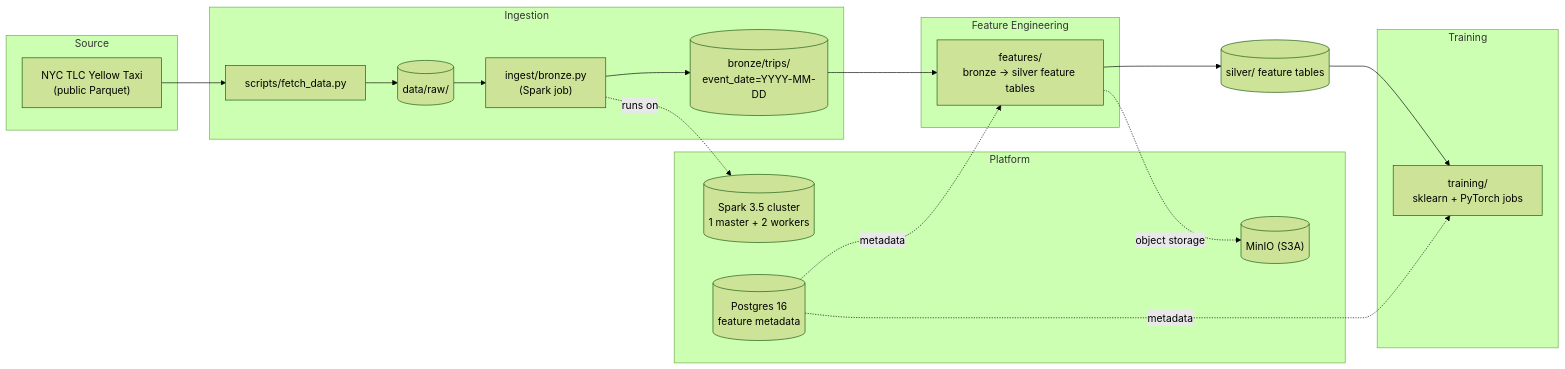
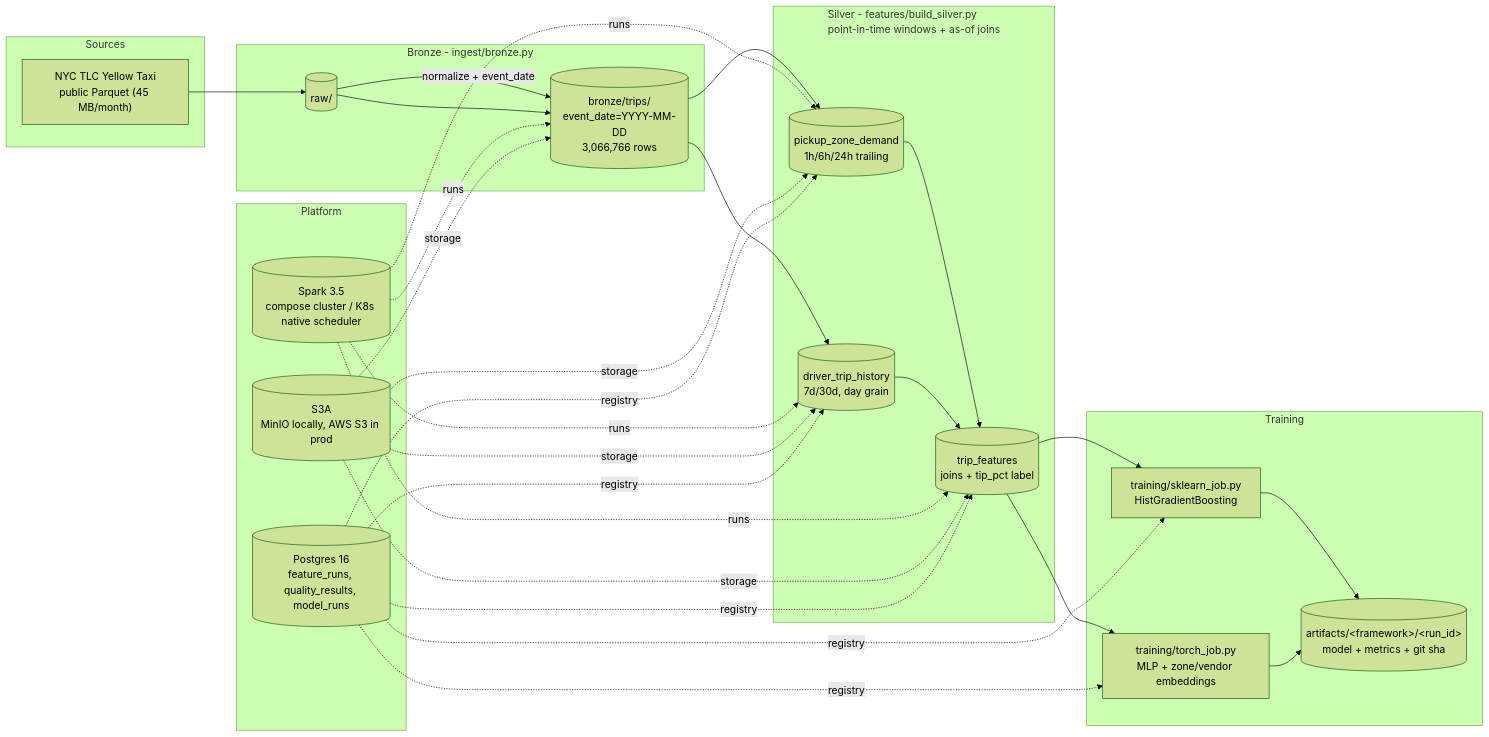
Before and after one commit to AbhiramCommits/SparkFeatureStore: the diagram in README.md, drawn with Mermaid (forest theme). The commit also changed other lines of this file and 13 other files, not shown here.

````diff
--- a/README.md
+++ b/README.md
@@ -8,34 +19,40 @@
 ```mermaid
 flowchart LR
-    subgraph source[Source]
-        TLC["NYC TLC Yellow Taxi<br/>(public Parquet)"]
+    subgraph src[Sources]
+        TLC["NYC TLC Yellow Taxi<br/>public Parquet (45 MB/month)"]
     end
 
-    subgraph ingest[Ingestion]
-        FETCH["scripts/fetch_data.py"] --> RAW[("data/raw/")]
-        BRONZE["ingest/bronze.py<br/>(Spark job)"] --> BZ[("bronze/trips/<br/>event_date=YYYY-MM-DD")]
+    subgraph bronze[Bronze - ingest/bronze.py]
+        RAW[("raw/")] -->|normalize + event_date| BZ[("bronze/trips/<br/>event_date=YYYY-MM-DD<br/>3,066,766 rows")]
     end
-    TLC --> FETCH
-    RAW --> BRONZE
 
-    subgraph features[Feature Engineering]
-        FEAT["features/<br/>bronze -> silver feature tables"]
+    subgraph silver[Silver - features/build_silver.py<br/>point-in-time windows + as-of joins]
+        ZD[("pickup_zone_demand<br/>1h/6h/24h trailing")] 
+        DH[("driver_trip_history<br/>7d/30d, day grain")]
+        TF[("trip_features<br/>joins + tip_pct label")]
     end
-    BZ --> FEAT
-    FEAT --> SILVER[("silver/ feature tables")]
 
     subgraph training[Training]
-        TRAIN["training/<br/>sklearn + PyTorch jobs"]
+        SK["training/sklearn_job.py<br/>HistGradientBoosting"]
+        TO["training/torch_job.py<br/>MLP + zone/vendor embeddings"]
+        ART[("artifacts/&lt;framework&gt;/&lt;run_id&gt;<br/>model + metrics + git sha")]
     end
-    SILVER --> TRAIN
 
-    subgraph platform[Platform]
-        SPARK[("Spark 3.5 cluster<br/>1 master + 2 workers")]
-        MINIO[("MinIO (S3A)")]
-        PG[("Postgres 16<br/>feature metadata")]
+    subgraph infra[Platform]
+        SPARK[("Spark 3.5<br/>compose cluster / K8s native scheduler")]
+        S3[("S3A<br/>MinIO locally, AWS S3 in prod")]
+        PG[("Postgres 16<br/>feature_runs, quality_results, model_runs")]
     end
-    BRONZE -. runs on .-> SPARK
-    FEAT -. object storage .-> MINIO
-    PG -. metadata .-> FEAT
-    PG -. metadata .-> TRAIN
+
+    TLC --> RAW
+    RAW --> BZ
+    BZ --> ZD & DH
+    ZD --> TF
+    DH --> TF
+    TF --> SK & TO
+    SK --> ART
+    TO --> ART
+    SPARK -. runs .-> BZ & ZD & DH & TF
+    S3 -. storage .-> BZ & ZD & DH & TF
+    PG -. registry .-> ZD & DH & TF & SK & TO
 ```
````
